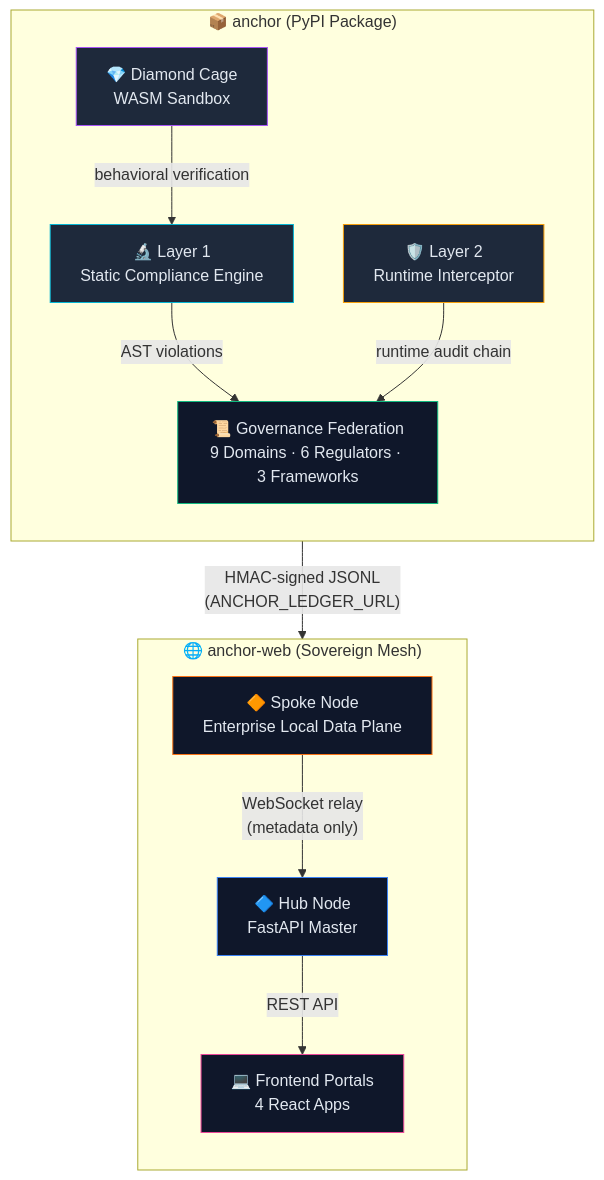
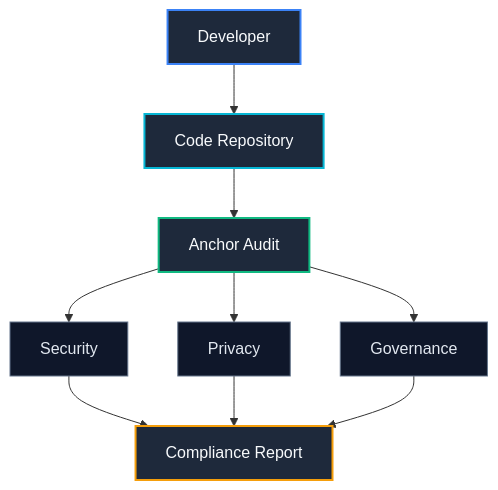
One commit to AnimusLab/Anchor changed the diagram in README.md. Above: the diagram before and after it, drawn with Mermaid. The commit also changed other lines of this file and 48 other files, not shown here.

````diff
--- a/README.md
+++ b/README.md
@@ -47,32 +11,19 @@
 ```mermaid
-graph TB
-    subgraph "📦 anchor (PyPI Package)"
-        direction TB
-        L1["🔬 Layer 1\nStatic Compliance Engine"]
-        L2["🛡️ Layer 2\nRuntime Interceptor"]
-        DC["💎 Diamond Cage\nWASM Sandbox"]
-        GOV["📜 Governance Federation\n9 Domains · 6 Regulators · 3 Frameworks"]
-    end
+flowchart TD
+    Dev[Developer] --> Repo[Code Repository]
+    Repo --> Engine[Anchor Audit]
+    Engine --> Sec[Security]
+    Engine --> Priv[Privacy]
+    Engine --> Gov[Governance]
+    Sec --> Rep[Compliance Report]
+    Priv --> Rep
+    Gov --> Rep
 
-    subgraph "🌐 anchor-web (Sovereign Mesh)"
-        direction TB
-        HUB["🔷 Hub Node\nFastAPI Master"]
-        SPOKE["🔶 Spoke Node\nEnterprise Local Data Plane"]
-        FE["💻 Frontend Portals\n4 React Apps"]
-    end
-
-    L1 -->|"AST violations"| GOV
-    L2 -->|"runtime audit chain"| GOV
-    DC -->|"behavioral verification"| L1
-    L2 -->|"HMAC-signed JSONL\n(ANCHOR_LEDGER_URL)"| SPOKE
-    SPOKE -->|"WebSocket relay\n(metadata only)"| HUB
-    HUB -->|"REST API"| FE
-
-    style L1 fill:#1e293b,stroke:#06b6d4,color:#e2e8f0
-    style L2 fill:#1e293b,stroke:#f59e0b,color:#e2e8f0
-    style DC fill:#1e293b,stroke:#a855f7,color:#e2e8f0
-    style GOV fill:#0f172a,stroke:#10b981,color:#e2e8f0
-    style HUB fill:#0f172a,stroke:#3b82f6,color:#e2e8f0
-    style SPOKE fill:#0f172a,stroke:#f97316,color:#e2e8f0
-    style FE fill:#0f172a,stroke:#ec4899,color:#e2e8f0
+    style Dev fill:#1e293b,stroke:#3b82f6,stroke-width:2px,color:#f8fafc
+    style Repo fill:#1e293b,stroke:#06b6d4,stroke-width:2px,color:#f8fafc
+    style Engine fill:#1e293b,stroke:#10b981,stroke-width:2px,color:#f8fafc
+    style Sec fill:#0f172a,stroke:#64748b,stroke-width:1px,color:#e2e8f0
+    style Priv fill:#0f172a,stroke:#64748b,stroke-width:1px,color:#e2e8f0
+    style Gov fill:#0f172a,stroke:#64748b,stroke-width:1px,color:#e2e8f0
+    style Rep fill:#1e293b,stroke:#f59e0b,stroke-width:2px,color:#f8fafc
 ```
````
